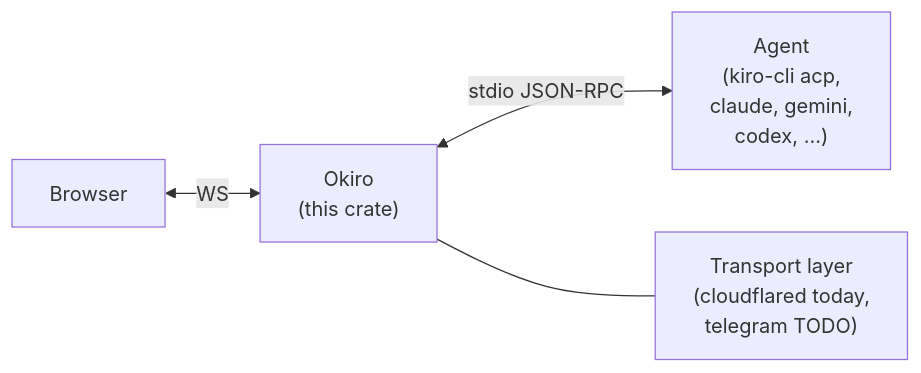
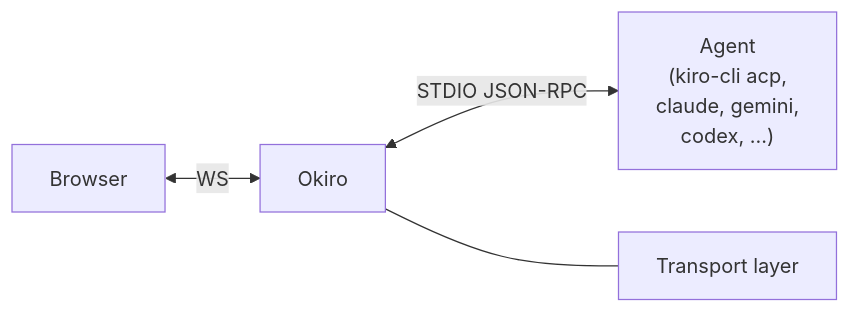
One commit to aichholzer/mezame changed the diagram in README.md. Above: the diagram before and after it, drawn with Mermaid. The commit also changed other lines of this file and 11 other files, not shown here.

````diff
--- a/README.md
+++ b/README.md
@@ -74,11 +74,11 @@
 ```mermaid
 flowchart LR
   browser[Browser]
-  okiro["Okiro<br/>(this crate)"]
+  okiro["Okiro"]
   agent["Agent<br/>(kiro-cli acp,<br/>claude, gemini,<br/>codex, ...)"]
-  transport["Transport layer<br/>(cloudflared today,<br/>telegram TODO)"]
+  transport["Transport layer"]
 
   browser <-- WS --> okiro
-  okiro <-- "stdio JSON-RPC" --> agent
+  okiro <-- "STDIO JSON-RPC" --> agent
   okiro --- transport
 ```
````
